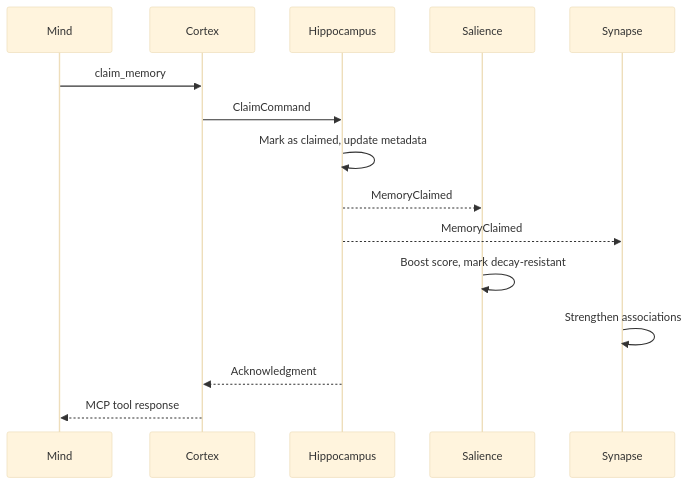
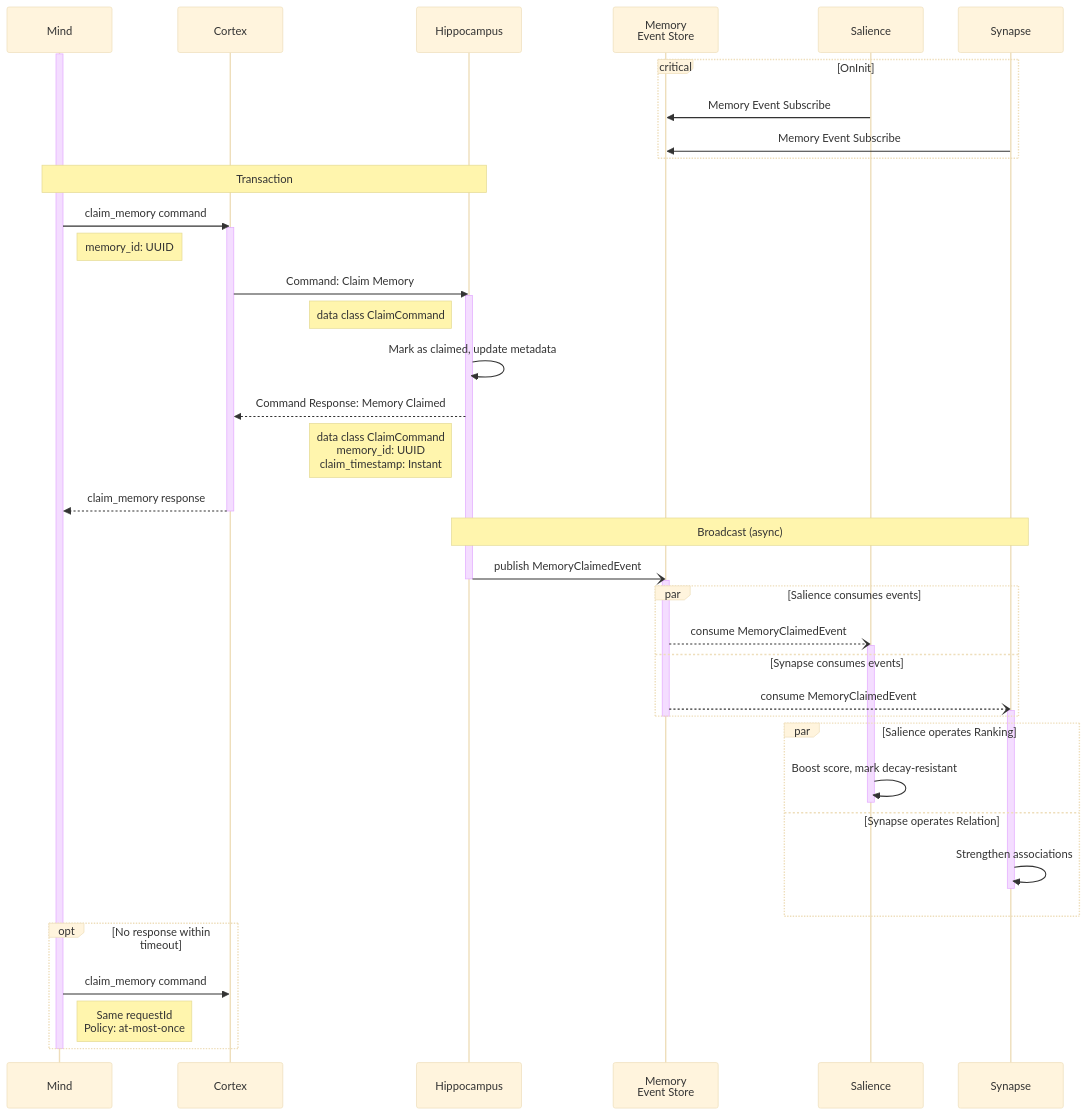
Before and after one commit to Mimis-Gildi/mcp-total-recall: the diagram in site/_includes/diagrams/msg-0003-claim-memory.mmd, drawn with Mermaid (base theme). The commit also changed 1 other file, not shown here.

Commit message:
Memory claimed.

```diff
--- a/site/_includes/diagrams/msg-0003-claim-memory.mmd
+++ b/site/_includes/diagrams/msg-0003-claim-memory.mmd
@@ -1,16 +1,60 @@
 sequenceDiagram
-    participant C as Mind
+    participant M as Mind
     participant CX as Cortex
     participant HP as Hippocampus
+    participant ES as Memory<br/> Event Store
     participant SL as Salience
     participant SY as Synapse
 
-    C->>CX: claim_memory
-    CX->>HP: ClaimCommand
+    activate M
+
+    critical OnInit
+        SL ->> ES: Memory Event Subscribe
+        SY ->> ES: Memory Event Subscribe
+    end
+
+    Note over M,HP: Transaction
+    M->>CX: claim_memory command
+    activate CX
+    Note right of M: memory_id: UUID
+
+    CX->>HP: Command: Claim Memory
+    activate HP
+    Note left of HP: data class ClaimCommand
+
     HP->>HP: Mark as claimed, update metadata
-    HP-->>SL: MemoryClaimed
-    HP-->>SY: MemoryClaimed
-    SL->>SL: Boost score, mark decay-resistant
-    SY->>SY: Strengthen associations
-    HP-->>CX: Acknowledgment
-    CX-->>C: MCP tool response
+    HP-->>CX: Command Response: Memory Claimed
+    Note left of HP: data class ClaimCommand<br/>memory_id: UUID<br/>claim_timestamp: Instant
+    CX-->>M: claim_memory response
+
+    deactivate CX
+
+    Note over HP,SY: Broadcast (async)
+    HP-)ES: publish MemoryClaimedEvent
+    deactivate HP
+    activate ES
+
+    par Salience consumes events
+        ES--)SL: consume MemoryClaimedEvent
+        activate SL
+    and Synapse consumes events
+        ES--)SY: consume MemoryClaimedEvent
+        activate SY
+    end
+
+    deactivate ES
+
+    par Salience operates Ranking
+        SL->>SL: Boost score, mark decay-resistant
+        deactivate SL
+    and Synapse operates Relation
+        SY->>SY: Strengthen associations
+        deactivate SY
+    end
+
+    opt No response within timeout
+        M->>CX: claim_memory command
+        Note right of M: Same requestId<br/>Policy: at-most-once
+    end
+
+    deactivate M
```
